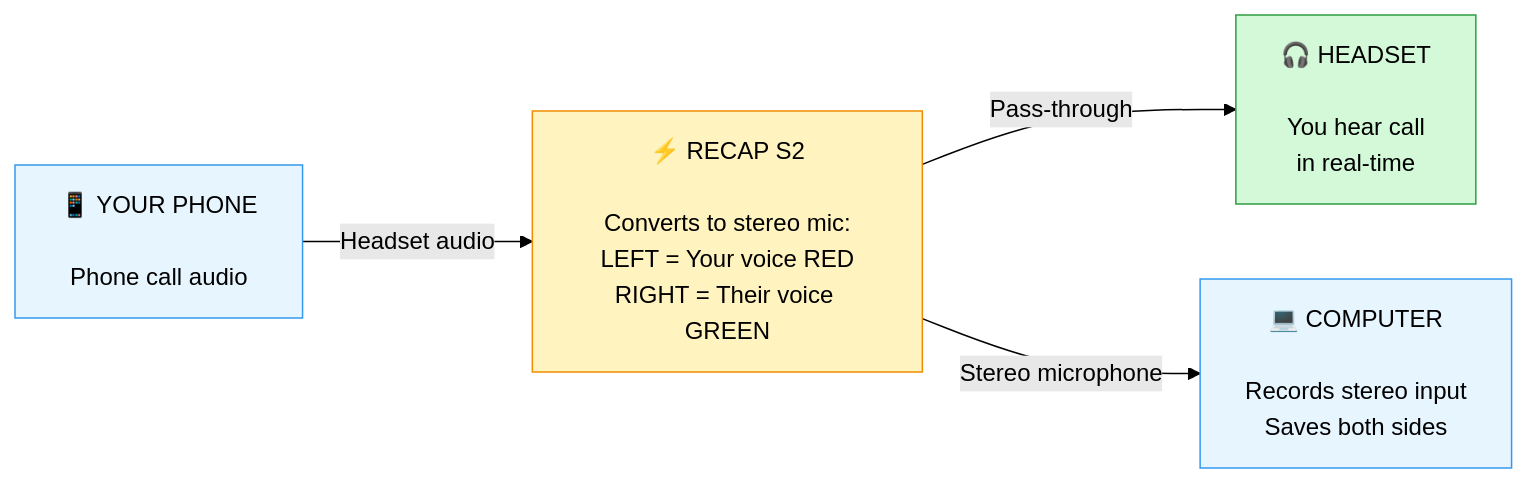
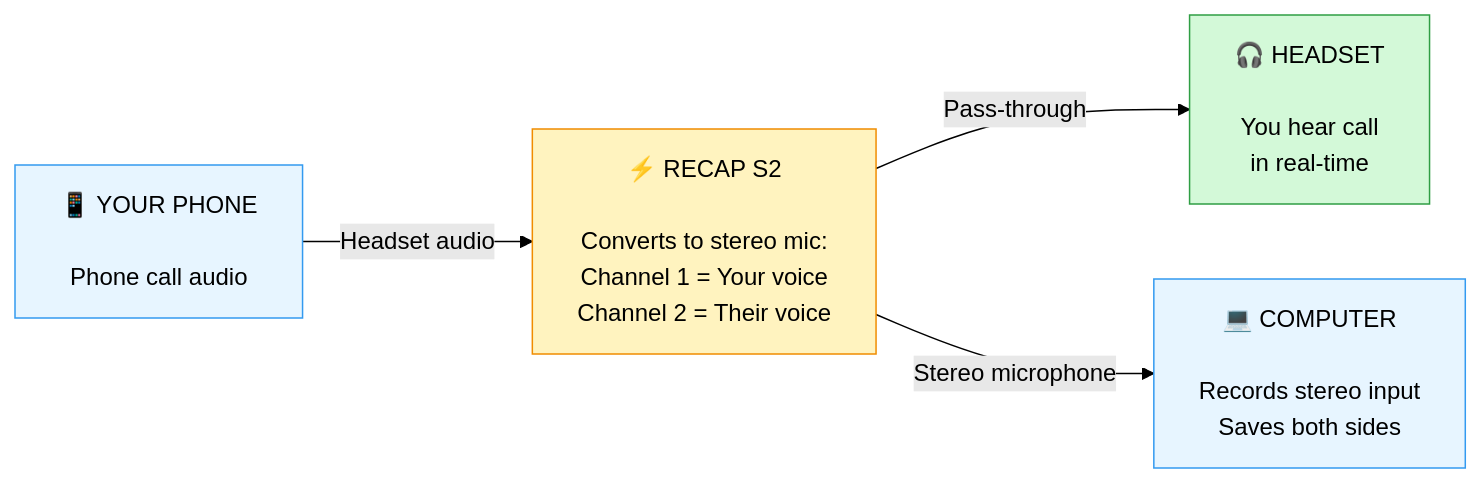
Before and after one commit to dossant-llc/recap-manual: the diagram in docs/using-recap/making-calls.md, drawn with Mermaid (forest theme). The commit also changed other lines of this file and 2 other files, not shown here.

Commit message:
fix: Remove L/R channel guarantees due to USB adapter variance
- USB adapters may swap left/right channels
- Changed specific L/R assignments to generic "Channel 1/2" or "One/Other"
- Added warnings that channel assignment may vary
- Hardware specs remain accurate (RECAP output pins)
- Users should verify which channel is which in their recordings

Updated 3 files:
- getting-started/overview.md
- troubleshooting/device-scanner.md
- using-recap/making-calls.md

🤖 Generated with [Claude Code](https://claude.com/claude-code)

````diff
--- a/docs/using-recap/making-calls.md
+++ b/docs/using-recap/making-calls.md
@@ -9,16 +9,16 @@
 ```mermaid
 flowchart LR
     Phone[📱 YOUR PHONE<br/><br/>Phone call audio]
-    RECAP[⚡ RECAP S2<br/><br/>Converts to stereo mic:<br/>LEFT = Your voice RED<br/>RIGHT = Their voice GREEN]
+    RECAP[⚡ RECAP S2<br/><br/>Converts to stereo mic:<br/>Channel 1 = Your voice<br/>Channel 2 = Their voice]
     Headset[🎧 HEADSET<br/><br/>You hear call<br/>in real-time]
     Computer[💻 COMPUTER<br/><br/>Records stereo input<br/>Saves both sides]
 
     Phone -->|Headset audio| RECAP
     RECAP -->|Pass-through| Headset
     RECAP -->|Stereo microphone| Computer
 
     style Phone fill:#e7f5ff,stroke:#339af0
     style RECAP fill:#fff3bf,stroke:#f08c00
     style Headset fill:#d3f9d8,stroke:#2f9e44
     style Computer fill:#e7f5ff,stroke:#339af0
 ```
````
